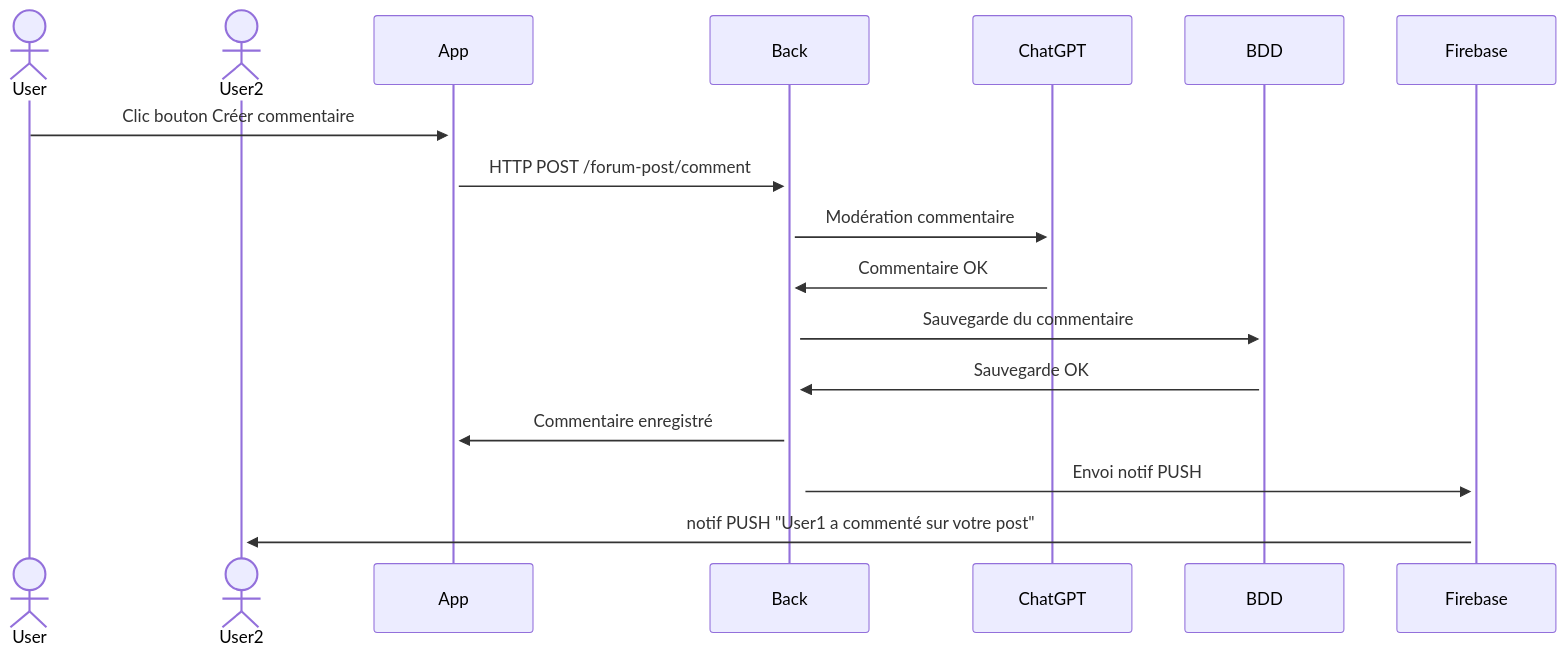
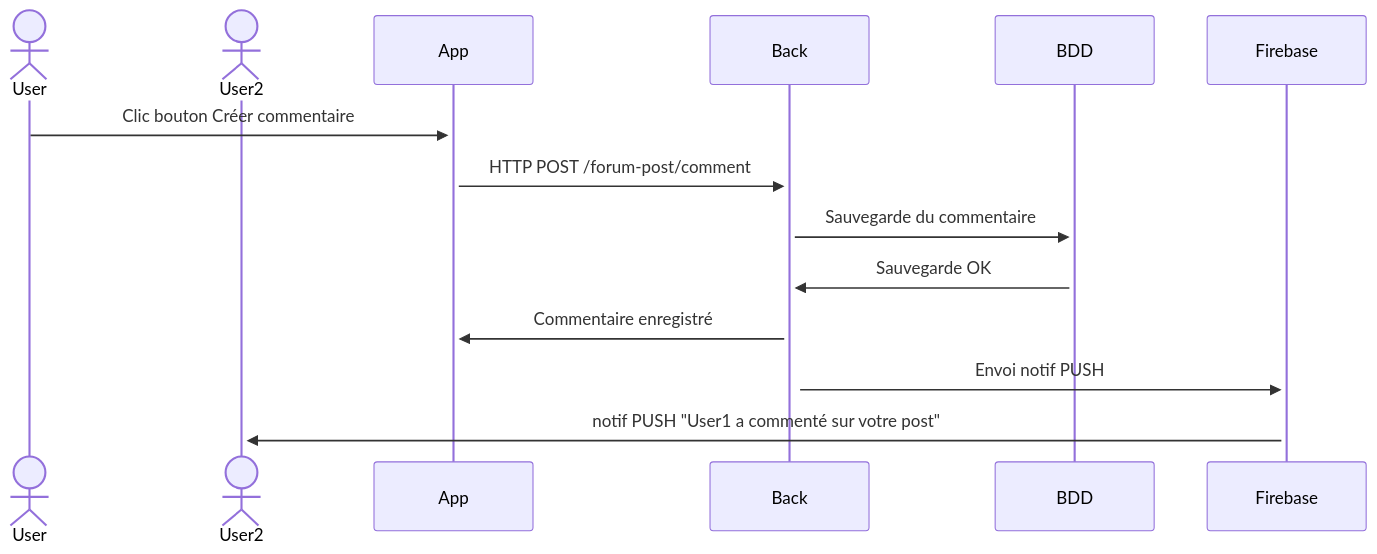
One commit to Kaylana1968/kook-ink changed the first of 4 diagrams in DIAGRAMS.md. Above: the diagram before and after it, drawn with Mermaid. The commit also changed other lines of this file, not shown here.

Commit message:
diagrammes post forum, j'ai retiré la modération du commentaire avec chatgpt

````diff
--- a/DIAGRAMS.md
+++ b/DIAGRAMS.md
@@ -3,14 +3,12 @@
 ```mermaid
 sequenceDiagram
     actor User
     actor User2
     User->>+App: Clic bouton Créer commentaire
     App->>+Back: HTTP POST /forum-post/comment
-    Back->>+ChatGPT: Modération commentaire
-    ChatGPT->>+Back: Commentaire OK
     Back->>+BDD: Sauvegarde du commentaire
     BDD->>+Back: Sauvegarde OK
     Back->>+App: Commentaire enregistré
     Back->>+Firebase: Envoi notif PUSH
     Firebase->>+User2: notif PUSH "User1 a commenté sur votre post"
 ```
````
